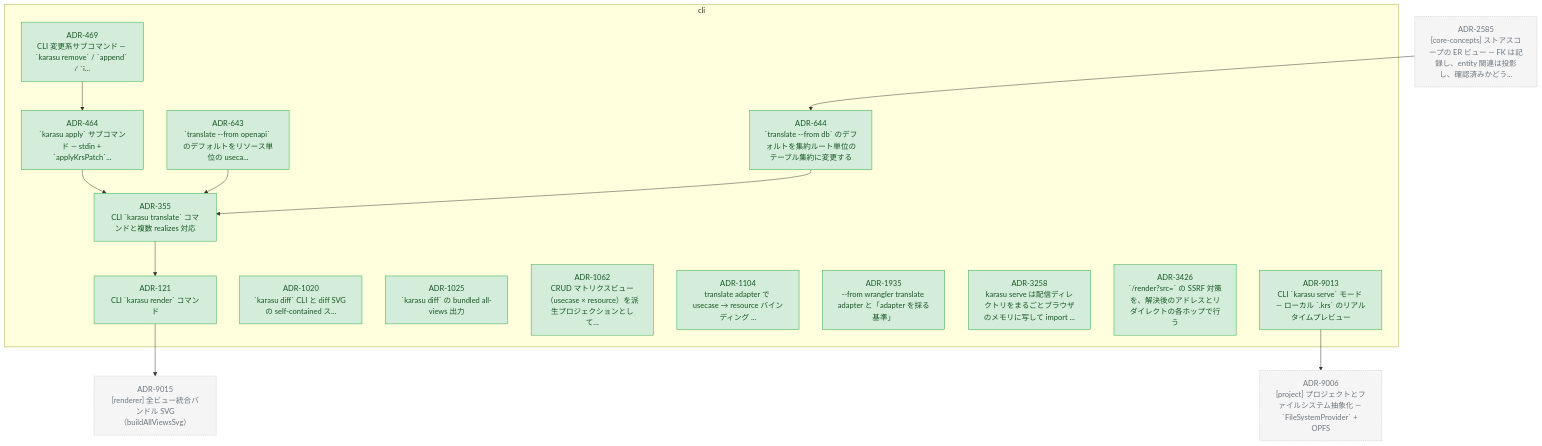
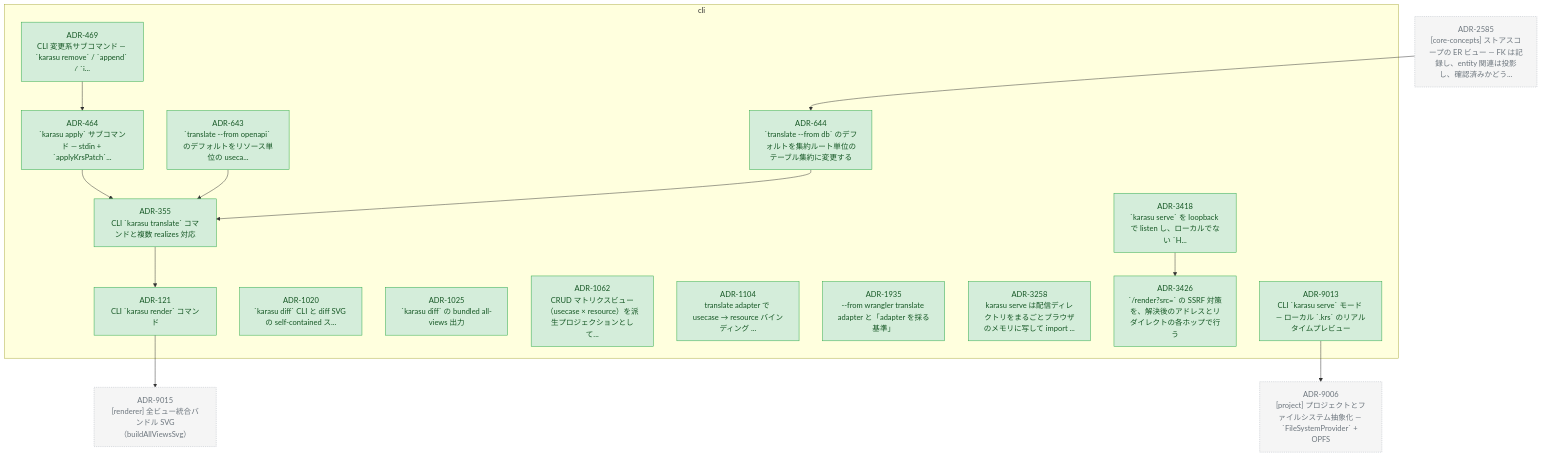
One commit to kompiro/karasu changed the diagram in docs/adr/graph/cli.md. Above: the diagram before and after it, drawn with Mermaid. The commit also changed 4 other files, not shown here.

````diff
--- a/docs/adr/graph/cli.md
+++ b/docs/adr/graph/cli.md
@@ -6,54 +6,57 @@
 ```mermaid
 flowchart TD
   subgraph cli["cli"]
     ADR_121["ADR-121<br/>CLI `karasu render` コマンド"]
     ADR_355["ADR-355<br/>CLI `karasu translate` コマンドと複数 realizes 対応"]
     ADR_464["ADR-464<br/>`karasu apply` サブコマンド — stdin + `applyKrsPatch`..."]
     ADR_469["ADR-469<br/>CLI 変更系サブコマンド — `karasu remove` / `append` / `i..."]
     ADR_643["ADR-643<br/>`translate --from openapi` のデフォルトをリソース単位の useca..."]
     ADR_644["ADR-644<br/>`translate --from db` のデフォルトを集約ルート単位のテーブル集約に変更する"]
     ADR_1020["ADR-1020<br/>`karasu diff` CLI と diff SVG の self-contained ス..."]
     ADR_1025["ADR-1025<br/>`karasu diff` の bundled all-views 出力"]
     ADR_1062["ADR-1062<br/>CRUD マトリクスビュー（usecase × resource）を派生プロジェクションとして..."]
     ADR_1104["ADR-1104<br/>translate adapter で usecase → resource バインディング ..."]
     ADR_1935["ADR-1935<br/>--from wrangler translate adapter と「adapter を採る基準」"]
     ADR_3258["ADR-3258<br/>karasu serve は配信ディレクトリをまるごとブラウザのメモリに写して import ..."]
+    ADR_3418["ADR-3418<br/>`karasu serve` を loopback で listen し、ローカルでない `H..."]
     ADR_3426["ADR-3426<br/>`/render?src=` の SSRF 対策を、解決後のアドレスとリダイレクトの各ホップで行う"]
     ADR_9013["ADR-9013<br/>CLI `karasu serve` モード — ローカル `.krs` のリアルタイムプレビュー"]
   end
   ADR_2585["ADR-2585<br/>[core-concepts] ストアスコープの ER ビュー — FK は記録し、entity 関連は投影し、確認済みかどう..."]
   ADR_9006["ADR-9006<br/>[project] プロジェクトとファイルシステム抽象化 — `FileSystemProvider` + OPFS"]
   ADR_9015["ADR-9015<br/>[renderer] 全ビュー統合バンドル SVG（buildAllViewsSvg）"]
   ADR_121 --> ADR_9015
   ADR_355 --> ADR_121
   ADR_464 --> ADR_355
   ADR_469 --> ADR_464
   ADR_643 --> ADR_355
   ADR_644 --> ADR_355
+  ADR_3418 --> ADR_3426
   ADR_9013 --> ADR_9006
   ADR_2585 --> ADR_644
 
   classDef accepted fill:#d4edda,stroke:#28a745,color:#155724
   classDef proposed fill:#fff3cd,stroke:#ffc107,color:#856404
   classDef deprecated fill:#f8d7da,stroke:#dc3545,color:#721c24
   classDef superseded fill:#e2e3e5,stroke:#6c757d,color:#383d41
   classDef not_adopted fill:#e2e3e5,stroke:#6c757d,color:#383d41,stroke-dasharray:3 3
   classDef ghost fill:#f5f5f5,stroke:#adb5bd,color:#6c757d,stroke-dasharray:2 2
   class ADR_121 accepted
   class ADR_355 accepted
   class ADR_464 accepted
   class ADR_469 accepted
   class ADR_643 accepted
   class ADR_644 accepted
   class ADR_1020 accepted
   class ADR_1025 accepted
   class ADR_1062 accepted
   class ADR_1104 accepted
   class ADR_1935 accepted
   class ADR_3258 accepted
+  class ADR_3418 accepted
   class ADR_3426 accepted
   class ADR_9013 accepted
   class ADR_2585 ghost
   class ADR_9006 ghost
   class ADR_9015 ghost
 ```
````
